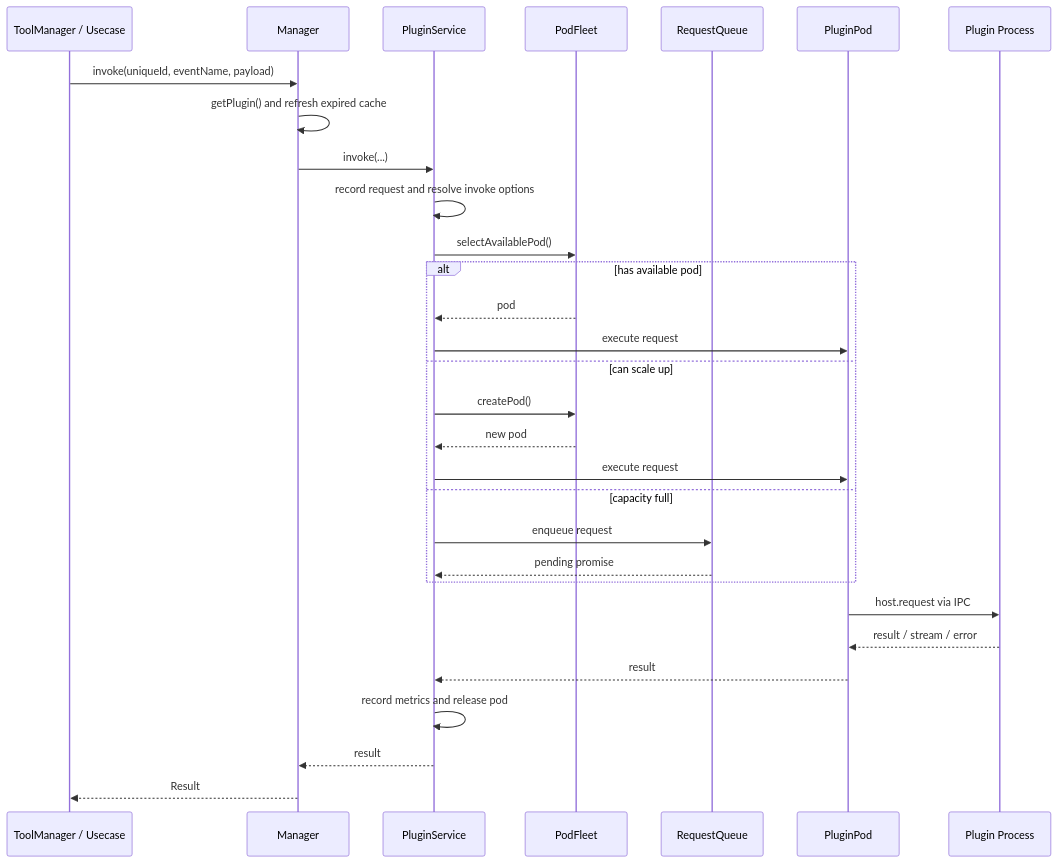
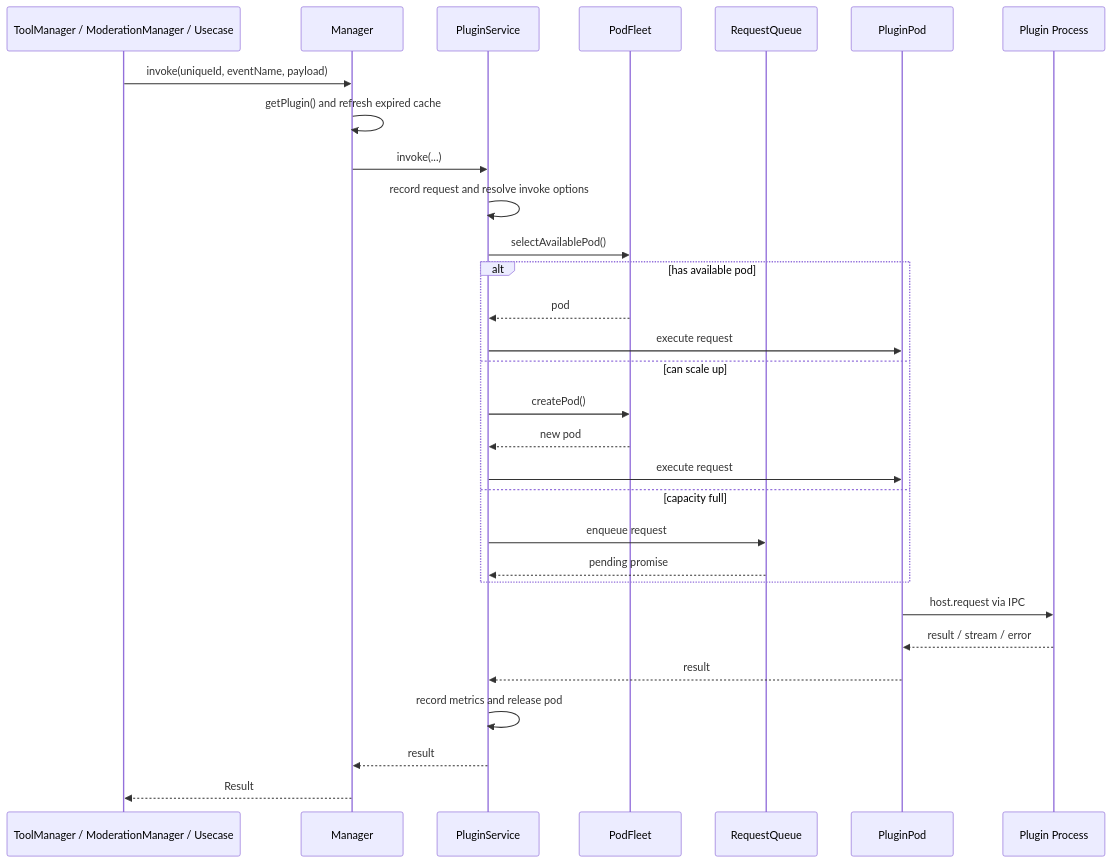
One commit to labring/fastgpt-plugin changed the third of 4 diagrams in docs/dev/process-pool-design.md. Above: the diagram before and after it, drawn with Mermaid. The commit also changed other lines of this file and 122 other files, not shown here.

````diff
--- a/docs/dev/process-pool-design.md
+++ b/docs/dev/process-pool-design.md
@@ -180,33 +180,33 @@
 ```mermaid
 sequenceDiagram
-    participant Caller as ToolManager / Usecase
+    participant Caller as ToolManager / ModerationManager / Usecase
     participant M as Manager
     participant S as PluginService
     participant F as PodFleet
     participant Q as RequestQueue
     participant P as PluginPod
     participant Child as Plugin Process
 
     Caller->>M: invoke(uniqueId, eventName, payload)
     M->>M: getPlugin() and refresh expired cache
     M->>S: invoke(...)
     S->>S: record request and resolve invoke options
     S->>F: selectAvailablePod()
     alt has available pod
         F-->>S: pod
         S->>P: execute request
     else can scale up
         S->>F: createPod()
         F-->>S: new pod
         S->>P: execute request
     else capacity full
         S->>Q: enqueue request
         Q-->>S: pending promise
     end
     P->>Child: host.request via IPC
     Child-->>P: result / stream / error
     P-->>S: result
     S->>S: record metrics and release pod
     S-->>M: result
     M-->>Caller: Result
 ```
````
